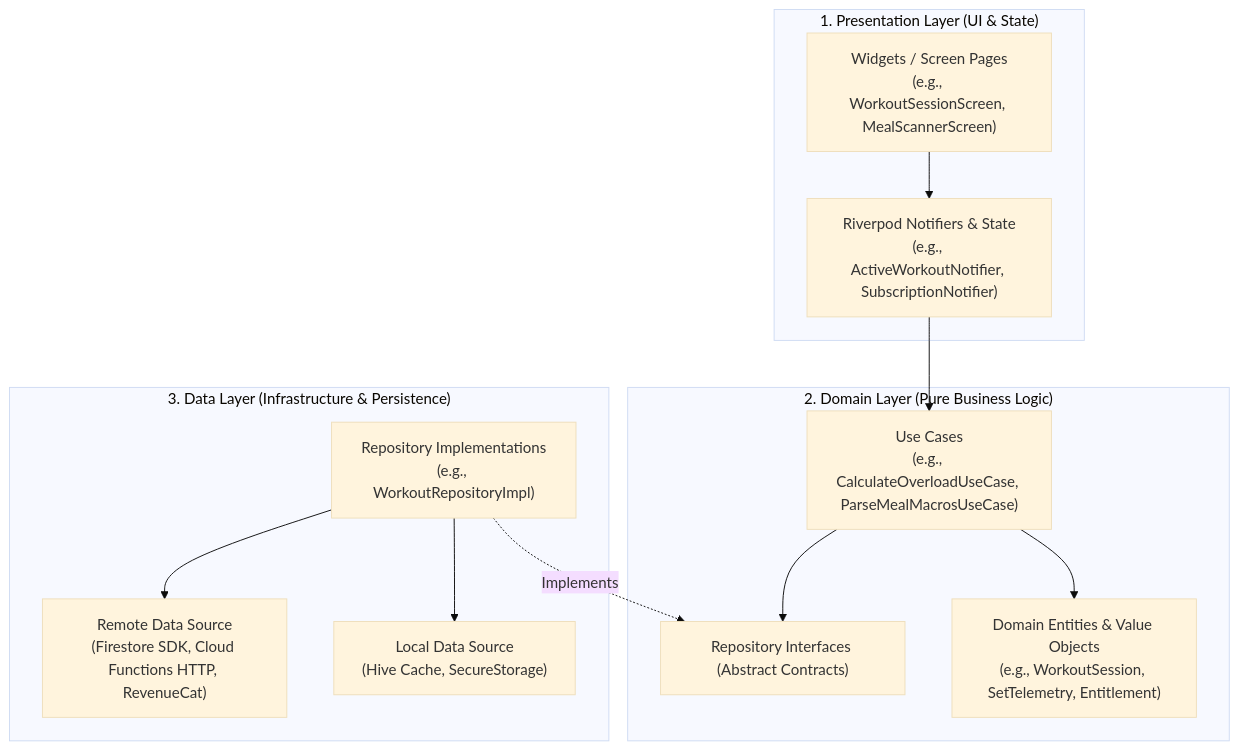
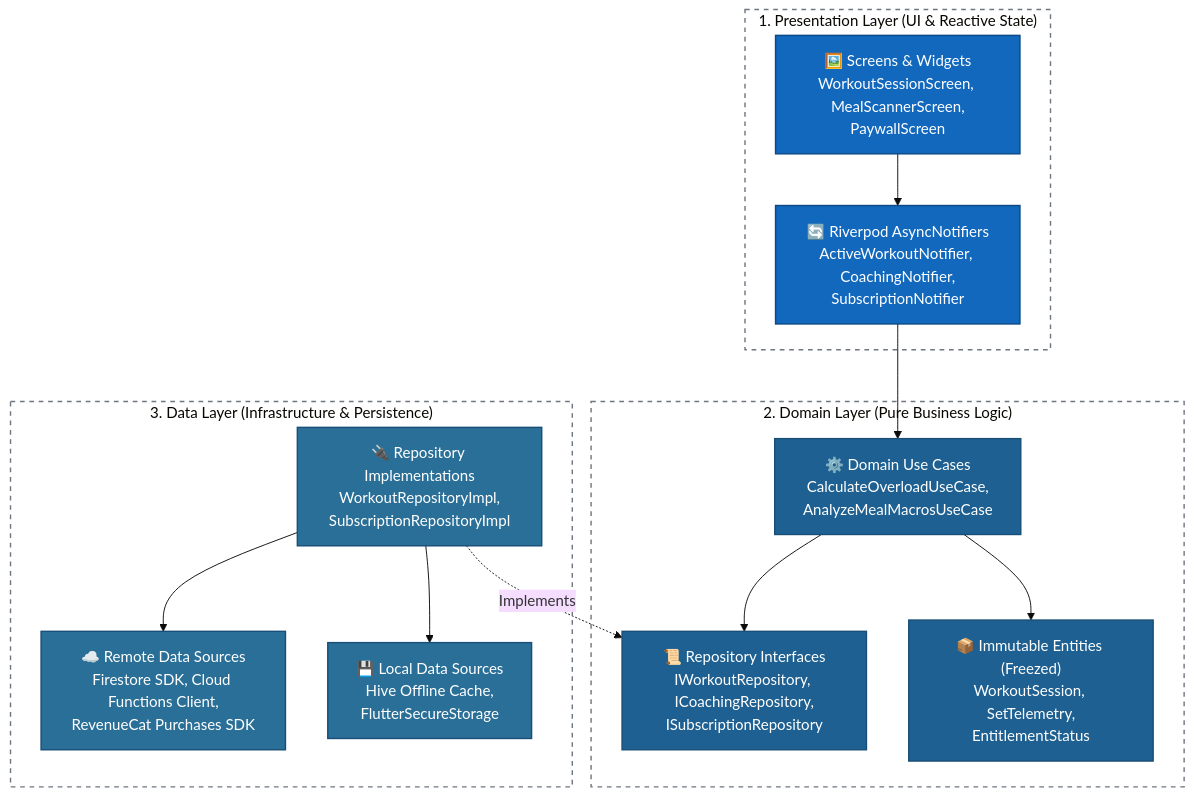
Before and after one commit to JackBros/pro-ai-coaching-architecture: the fourth of 7 diagrams in README.md, drawn with Mermaid (base theme). The commit also changed other lines of this file, not shown here.

````diff
--- a/README.md
+++ b/README.md
@@ -161,28 +206,40 @@
 ```mermaid
-graph TD
-    subgraph PresentationLayer ["1. Presentation Layer (UI & State)"]
-        UI["Widgets / Screen Pages<br/>(e.g., WorkoutSessionScreen, MealScannerScreen)"]
-        Controllers["Riverpod Notifiers & State<br/>(e.g., ActiveWorkoutNotifier, SubscriptionNotifier)"]
+%%{init: {'flowchart': {'nodeSpacing': 45, 'rankSpacing': 55, 'curve': 'basis'}}}%%
+flowchart TB
+    subgraph PresentationLayer ["1. Presentation Layer (UI & Reactive State)"]
+        UI["🖼️ Screens & Widgets<br/>WorkoutSessionScreen, MealScannerScreen,<br/>PaywallScreen"]
+        Controllers["🔄 Riverpod AsyncNotifiers<br/>ActiveWorkoutNotifier, CoachingNotifier,<br/>SubscriptionNotifier"]
     end
 
     subgraph DomainLayer ["2. Domain Layer (Pure Business Logic)"]
-        UseCases["Use Cases<br/>(e.g., CalculateOverloadUseCase, ParseMealMacrosUseCase)"]
-        Entities["Domain Entities & Value Objects<br/>(e.g., WorkoutSession, SetTelemetry, Entitlement)"]
-        RepoContracts["Repository Interfaces (Abstract Contracts)"]
+        UseCases["⚙️ Domain Use Cases<br/>CalculateOverloadUseCase,<br/>AnalyzeMealMacrosUseCase"]
+        Entities["📦 Immutable Entities (Freezed)<br/>WorkoutSession, SetTelemetry,<br/>EntitlementStatus"]
+        RepoContracts["📜 Repository Interfaces<br/>IWorkoutRepository, ICoachingRepository,<br/>ISubscriptionRepository"]
     end
 
     subgraph DataLayer ["3. Data Layer (Infrastructure & Persistence)"]
-        RepoImpl["Repository Implementations<br/>(e.g., WorkoutRepositoryImpl)"]
-        LocalData["Local Data Source<br/>(Hive Cache, SecureStorage)"]
-        RemoteData["Remote Data Source<br/>(Firestore SDK, Cloud Functions HTTP, RevenueCat)"]
+        RepoImpl["🔌 Repository Implementations<br/>WorkoutRepositoryImpl,<br/>SubscriptionRepositoryImpl"]
+        LocalData["💾 Local Data Sources<br/>Hive Offline Cache,<br/>FlutterSecureStorage"]
+        RemoteData["☁️ Remote Data Sources<br/>Firestore SDK, Cloud Functions Client,<br/>RevenueCat Purchases SDK"]
     end
 
     UI --> Controllers
     Controllers --> UseCases
     UseCases --> Entities
     UseCases --> RepoContracts
-    RepoImpl -.->|Implements| RepoContracts
+    RepoImpl -.->|"Implements"| RepoContracts
     RepoImpl --> LocalData
     RepoImpl --> RemoteData
 
+    classDef presentation fill:#1168BD,stroke:#0B4884,stroke-width:1.5px,color:#ffffff
+    classDef domain fill:#1E6091,stroke:#184E77,stroke-width:1.5px,color:#ffffff
+    classDef data fill:#2A6F97,stroke:#184E77,stroke-width:1.5px,color:#ffffff
+
+    class UI,Controllers presentation
+    class UseCases,Entities,RepoContracts domain
+    class RepoImpl,LocalData,RemoteData data
+
+    style PresentationLayer fill:none,stroke:#6E7681,stroke-width:1.5px,stroke-dasharray: 5 5
+    style DomainLayer fill:none,stroke:#6E7681,stroke-width:1.5px,stroke-dasharray: 5 5
+    style DataLayer fill:none,stroke:#6E7681,stroke-width:1.5px,stroke-dasharray: 5 5
 ```
````
